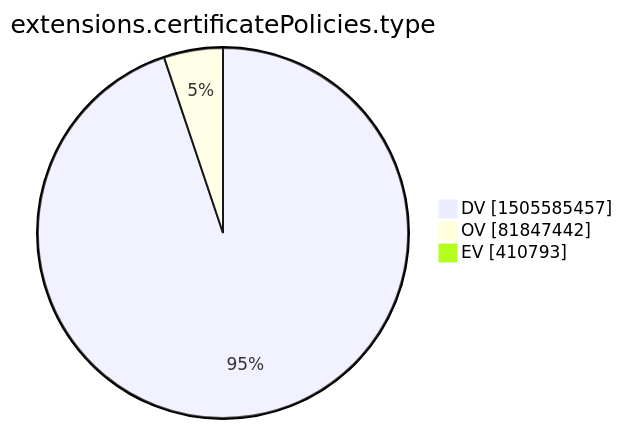
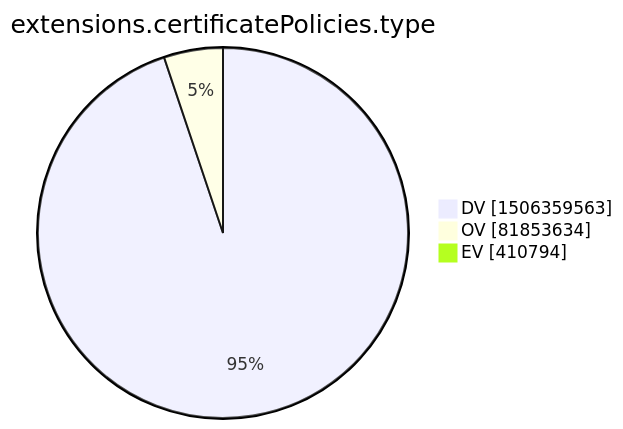
The tenth of 15 diagrams in xenon2022/README.md (christiankrug/ctmonitor_visualization), drawn with Mermaid before and after one commit. The commit also changed other lines of this file, not shown here.

````diff
--- a/xenon2022/README.md
+++ b/xenon2022/README.md
@@ -2874,7 +2875,7 @@
 ```mermaid
 pie showData
 title extensions.certificatePolicies.type
-"DV" :1505585457
-"OV" :81847442
-"EV" :410793
+"DV" :1506359563
+"OV" :81853634
+"EV" :410794
 ```
````
